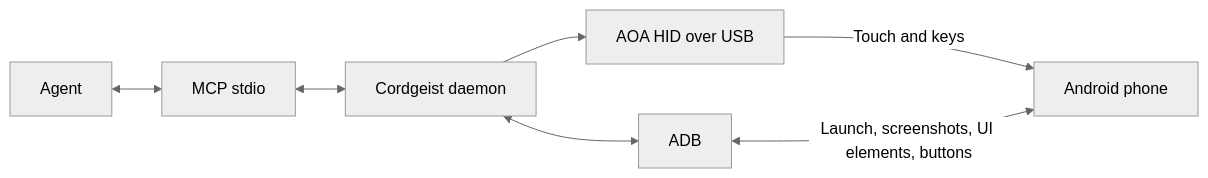
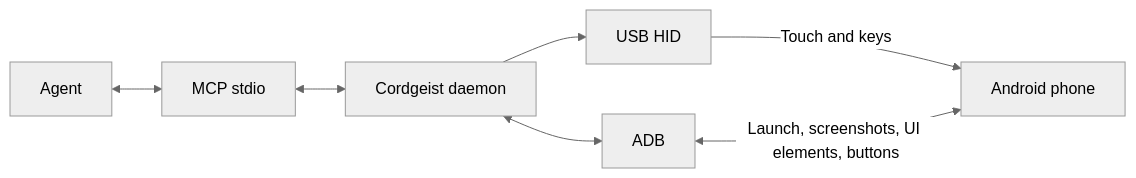
One commit to outlierstudio/cordgeist changed the diagram in README.md. Above: the diagram before and after it, drawn with Mermaid (neutral theme). The commit also changed other lines of this file and 3 other files, not shown here.

````diff
--- a/README.md
+++ b/README.md
@@ -41,9 +38,9 @@
 ```mermaid
 flowchart LR
     Agent <--> MCP["MCP stdio"]
     MCP <--> Daemon["Cordgeist daemon"]
-    Daemon --> HID["AOA HID over USB"]
+    Daemon --> HID["USB HID"]
     HID -->|Touch and keys| Phone["Android phone"]
     Daemon <--> ADB
     ADB <-->|Launch, screenshots, UI elements, buttons| Phone
 ```
````
